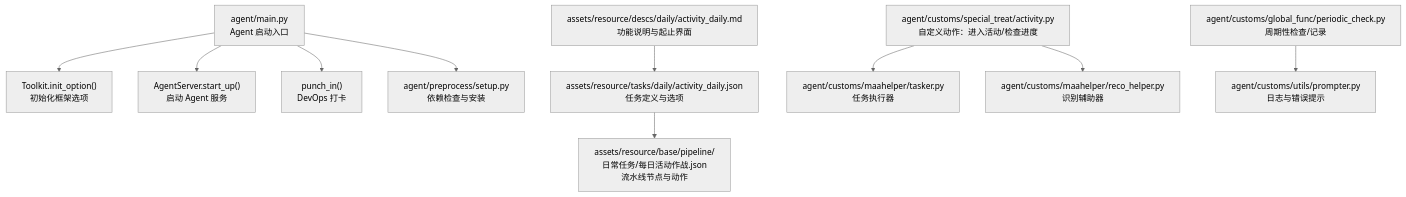
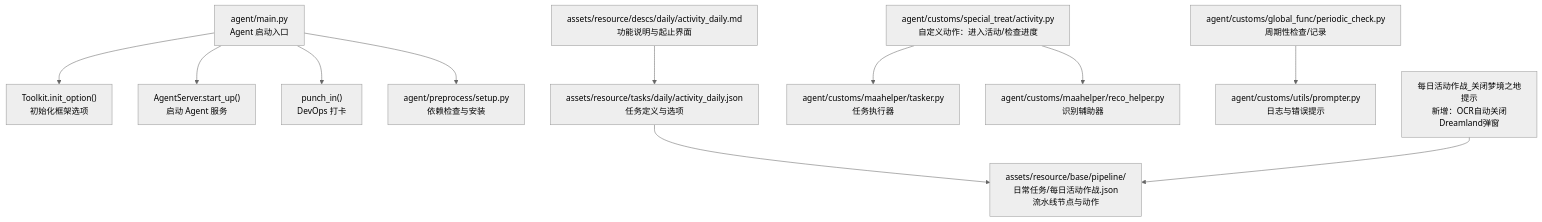
One commit to kqcoxn/MaaDuDuL changed the first of 10 diagrams in .qoder/repowiki/zh/content/每日活动作战.md. Above: the diagram before and after it, drawn with Mermaid (neutral theme). The commit also changed other lines of this file and 4 other files, not shown here.

````diff
--- a/.qoder/repowiki/zh/content/每日活动作战.md
+++ b/.qoder/repowiki/zh/content/每日活动作战.md
@@ -37,12 +46,13 @@
 ```mermaid
 graph TB
 A["agent/main.py<br/>Agent 启动入口"] --> B["Toolkit.init_option()<br/>初始化框架选项"]
 A --> C["AgentServer.start_up()<br/>启动 Agent 服务"]
 A --> D["punch_in()<br/>DevOps 打卡"]
 A --> E["agent/preprocess/setup.py<br/>依赖检查与安装"]
 F["assets/resource/tasks/daily/activity_daily.json<br/>任务定义与选项"] --> G["assets/resource/base/pipeline/日常任务/每日活动作战.json<br/>流水线节点与动作"]
 H["agent/customs/special_treat/activity.py<br/>自定义动作：进入活动/检查进度"] --> I["agent/customs/maahelper/tasker.py<br/>任务执行器"]
 H --> J["agent/customs/maahelper/reco_helper.py<br/>识别辅助器"]
 K["agent/customs/global_func/periodic_check.py<br/>周期性检查/记录"] --> L["agent/customs/utils/prompter.py<br/>日志与错误提示"]
 M["assets/resource/descs/daily/activity_daily.md<br/>功能说明与起止界面"] --> F
+N["每日活动作战_关闭梦境之地提示<br/>新增：OCR自动关闭Dreamland弹窗"] --> G
 ```
````
